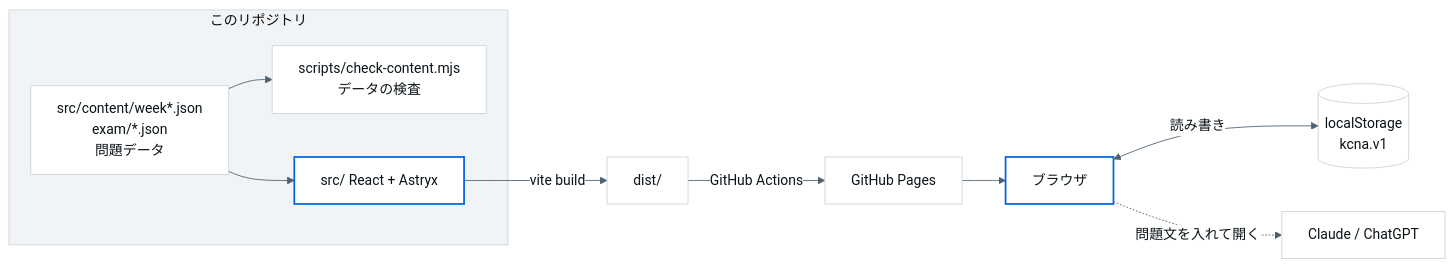
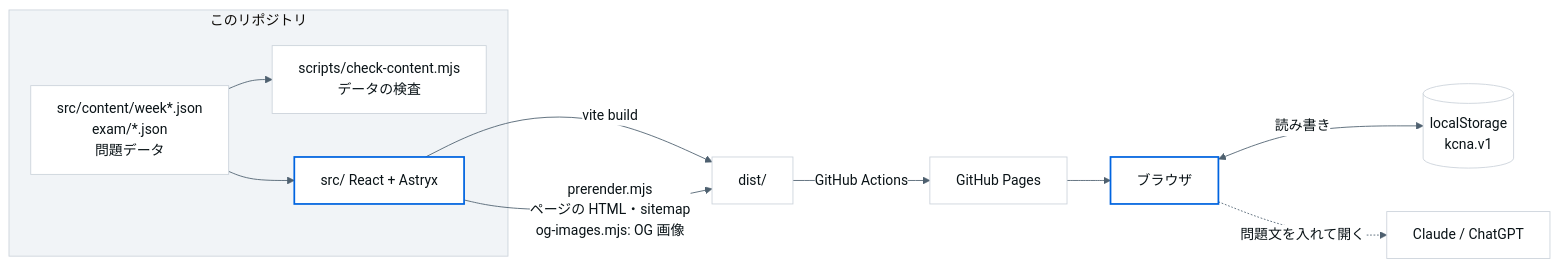
Before and after one commit to maco165/kcna-dojo: the first of 2 diagrams in README.md, drawn with Mermaid. The commit also changed other lines of this file and 3 other files, not shown here.

First line of the commit message:
OG 画像のつなぎ込みを e2e で見て、足した依存の版を固定し、README の図を直す

````diff
--- a/README.md
+++ b/README.md
@@ -52,18 +52,19 @@
 ```mermaid
 %%{init: {'theme': 'base', 'themeVariables': {'fontFamily': '-apple-system, Segoe UI, Roboto, sans-serif', 'primaryColor': '#FFFFFF', 'primaryTextColor': '#0A1317', 'primaryBorderColor': '#CCD3DB', 'lineColor': '#4E606F', 'clusterBkg': '#F1F4F7', 'clusterBorder': '#CCD3DB', 'tertiaryColor': '#F1F4F7'}}}%%
 flowchart LR
   subgraph repo[このリポジトリ]
     json[src/content/week*.json<br/>exam/*.json<br/>問題データ]
     check[scripts/check-content.mjs<br/>データの検査]
     app[src/ React + Astryx]
   end
   json --> check
   json --> app
   app -->|vite build| dist[dist/]
+  app -->|prerender.mjs<br/>ページの HTML・sitemap<br/>og-images.mjs: OG 画像| dist
   dist -->|GitHub Actions| pages[GitHub Pages]
   pages --> browser[ブラウザ]
   browser <-->|読み書き| ls[(localStorage<br/>kcna.v1)]
   browser -.->|問題文を入れて開く| ai[Claude / ChatGPT]
   classDef accent stroke:#0064E0,stroke-width:2px;
   class app,browser accent;
 ```
````
